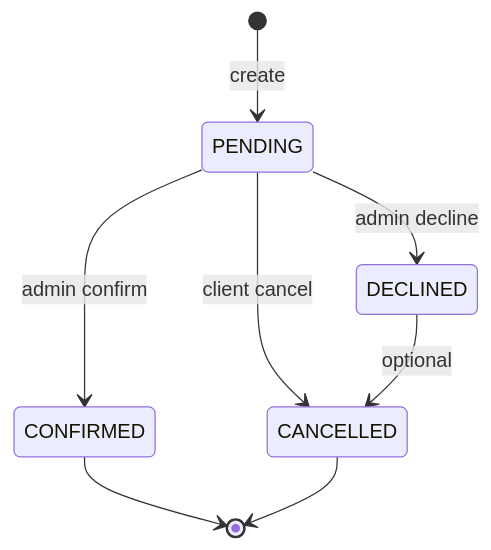
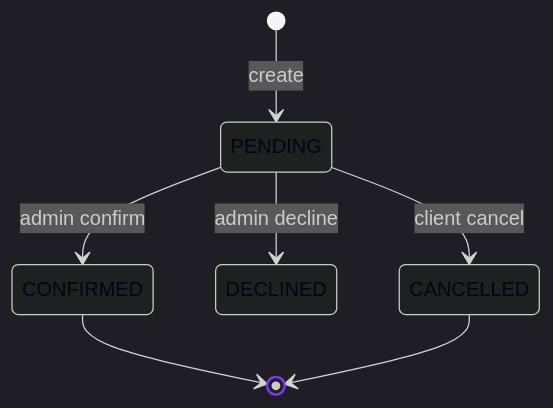
One commit to AbdulWajid768/django_boilerplate changed the diagram in README.md. Above: the diagram before and after it, drawn with Mermaid. The commit also changed other lines of this file, not shown here.

````diff
--- a/README.md
+++ b/README.md
@@ -102,10 +138,10 @@
 ```mermaid
+%%{init: {'theme':'dark', 'themeVariables': { 'primaryColor':'#00d4aa','primaryTextColor':'#020617','lineColor':'#7c3aed'}}}%%
 stateDiagram-v2
     [*] --> PENDING: create
     PENDING --> CONFIRMED: admin confirm
     PENDING --> DECLINED: admin decline
     PENDING --> CANCELLED: client cancel
-    DECLINED --> CANCELLED: optional
     CONFIRMED --> [*]
     CANCELLED --> [*]
 ```
````
